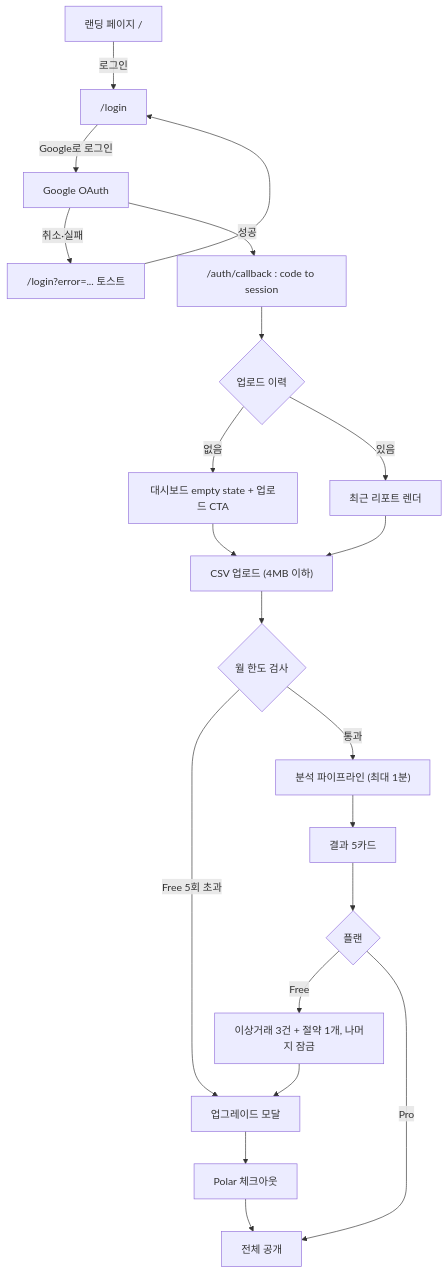
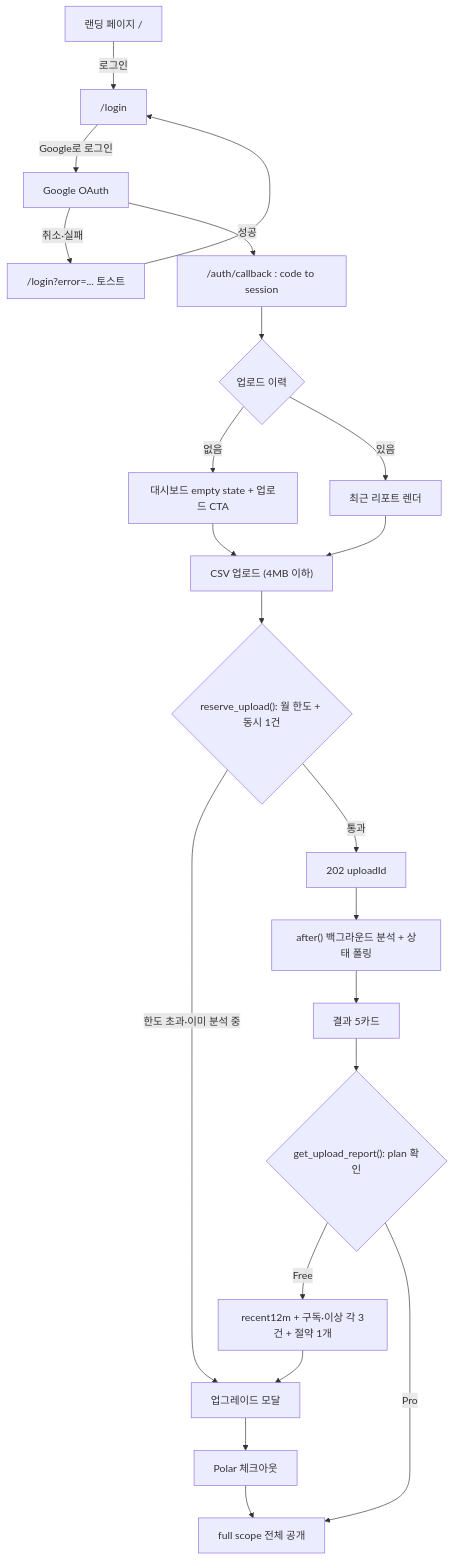
Before and after one commit to autumn-sun91/harness-engineering-project-01: the first of 3 diagrams in docs/USER_JOURNEY.md, drawn with Mermaid. The commit also changed other lines of this file and 15 other files, not shown here.

````diff
--- a/docs/USER_JOURNEY.md
+++ b/docs/USER_JOURNEY.md
@@ -5,23 +5,24 @@
 ```mermaid
 flowchart TD
     L["랜딩 페이지 /"] -->|"로그인"| LOGIN["/login"]
     LOGIN -->|"Google로 로그인"| OAUTH["Google OAuth"]
     OAUTH -->|"취소·실패"| LOGINERR["/login?error=... 토스트"]
     LOGINERR --> LOGIN
     OAUTH -->|"성공"| CB["/auth/callback : code to session"]
     CB --> DASH{"업로드 이력"}
     DASH -->|"없음"| EMPTY["대시보드 empty state + 업로드 CTA"]
     DASH -->|"있음"| REPORT["최근 리포트 렌더"]
     EMPTY --> UP["CSV 업로드 (4MB 이하)"]
     REPORT --> UP
-    UP --> QUOTA{"월 한도 검사"}
-    QUOTA -->|"Free 5회 초과"| UPSELL["업그레이드 모달"]
-    QUOTA -->|"통과"| PIPE["분석 파이프라인 (최대 1분)"]
+    UP --> QUOTA{"reserve_upload(): 월 한도 + 동시 1건"}
+    QUOTA -->|"한도 초과·이미 분석 중"| UPSELL["업그레이드 모달"]
+    QUOTA -->|"통과"| ACK["202 uploadId"]
+    ACK --> PIPE["after() 백그라운드 분석 + 상태 폴링"]
     PIPE --> CARDS["결과 5카드"]
-    CARDS --> PLAN{"플랜"}
-    PLAN -->|"Free"| TEASER["이상거래 3건 + 절약 1개, 나머지 잠금"]
-    PLAN -->|"Pro"| FULL["전체 공개"]
+    CARDS --> PLAN{"get_upload_report(): plan 확인"}
+    PLAN -->|"Free"| TEASER["recent12m + 구독·이상 각 3건 + 절약 1개"]
+    PLAN -->|"Pro"| FULL["full scope 전체 공개"]
     TEASER --> UPSELL
     UPSELL --> CHECKOUT["Polar 체크아웃"]
     CHECKOUT --> FULL
 ```
````
